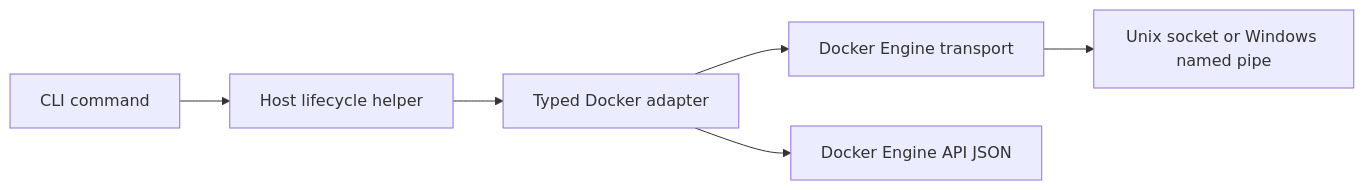
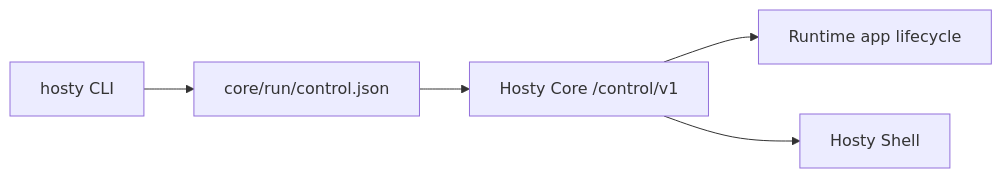
One commit to alex-de-haas/docker-host changed the diagram in docs/features/cli-bootstrap.md. Above: the diagram before and after it, drawn with Mermaid. The commit also changed other lines of this file and 302 other files, not shown here.

Commit message:
Remove legacy Host app and compatibility code

````diff
--- a/docs/features/cli-bootstrap.md
+++ b/docs/features/cli-bootstrap.md
@@ -109,8 +90,7 @@
 ```mermaid
 flowchart LR
-  A["CLI command"] --> B["Host lifecycle helper"]
-  B --> C["Typed Docker adapter"]
-  C --> D["Docker Engine transport"]
-  D --> E["Unix socket or Windows named pipe"]
-  C --> F["Docker Engine API JSON"]
+  CLI["hosty CLI"] --> Discovery["core/run/control.json"]
+  Discovery --> Core["Hosty Core /control/v1"]
+  Core --> Apps["Runtime app lifecycle"]
+  Core --> Shell["Hosty Shell"]
 ```
````
